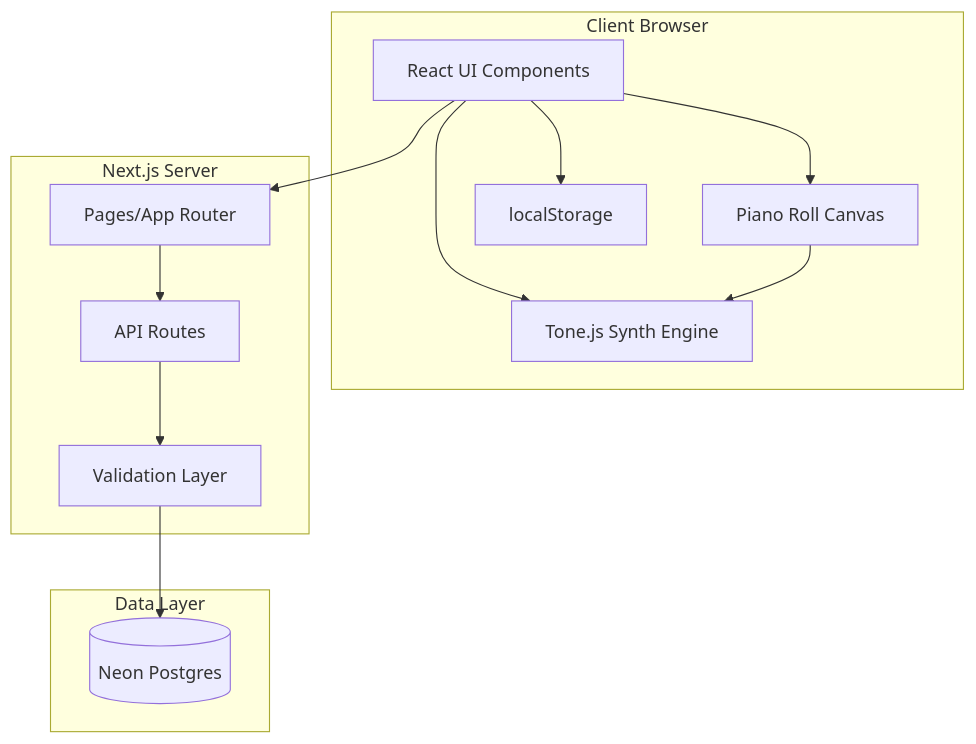
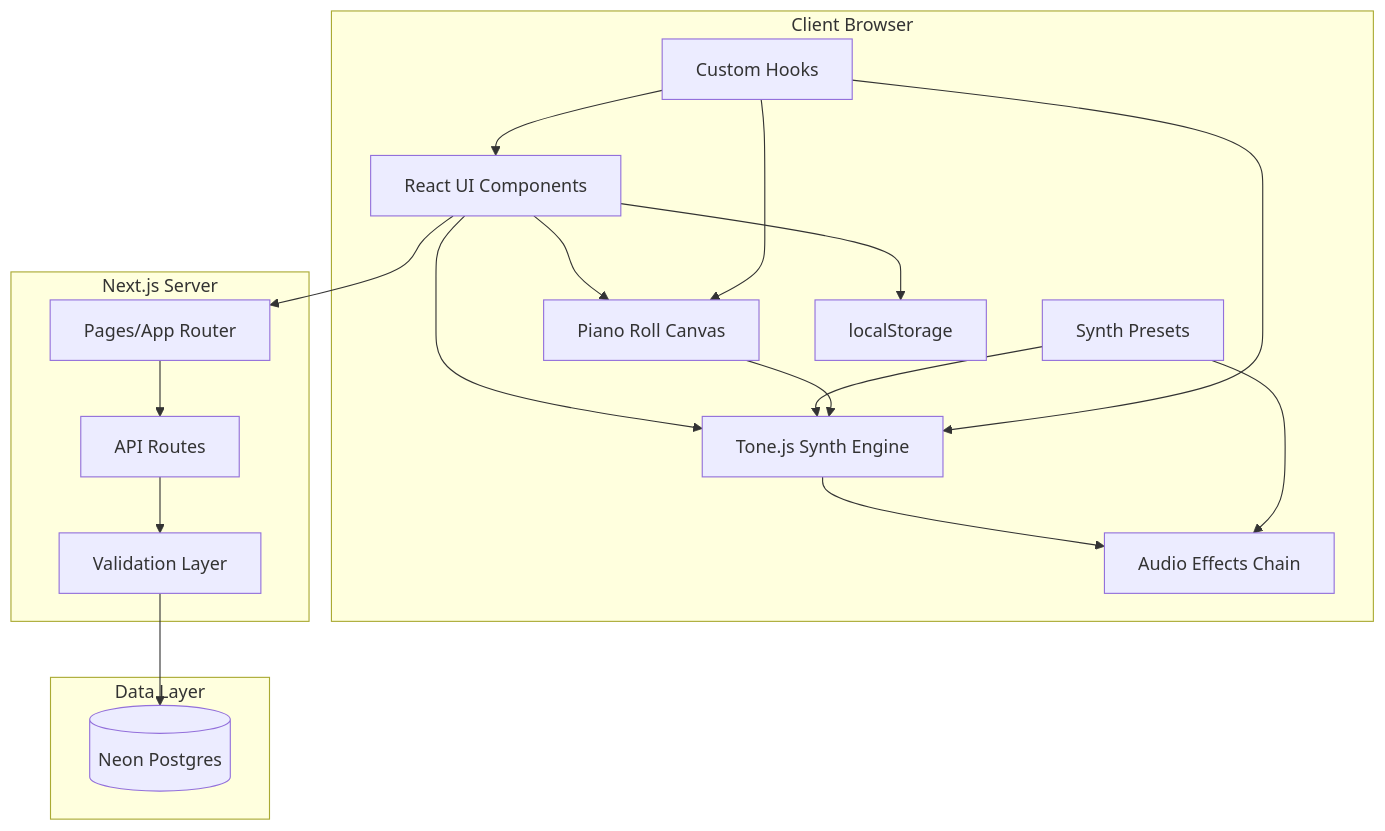
The first of 2 diagrams in .kiro/specs/tone-sketch/design.md (TarasMoskovych/tone-sketch), drawn with Mermaid before and after one commit. The commit also changed other lines of this file and 113 other files, not shown here.

````diff
--- a/.kiro/specs/tone-sketch/design.md
+++ b/.kiro/specs/tone-sketch/design.md
@@ -28,29 +49,38 @@
 ```mermaid
 graph TB
     subgraph "Client Browser"
         UI[React UI Components]
         PianoRoll[Piano Roll Canvas]
         SynthEngine[Tone.js Synth Engine]
+        Effects[Audio Effects Chain]
+        Presets[Synth Presets]
         LocalStorage[localStorage]
+        Hooks[Custom Hooks]
     end
 
     subgraph "Next.js Server"
         Pages[Pages/App Router]
         API[API Routes]
         Validation[Validation Layer]
     end
 
     subgraph "Data Layer"
         DB[(Neon Postgres)]
     end
 
     UI --> PianoRoll
     UI --> SynthEngine
+    SynthEngine --> Effects
+    Presets --> SynthEngine
+    Presets --> Effects
     PianoRoll --> SynthEngine
     UI --> LocalStorage
+    Hooks --> UI
+    Hooks --> SynthEngine
+    Hooks --> PianoRoll
 
     UI --> Pages
     Pages --> API
     API --> Validation
     Validation --> DB
 ```
````
